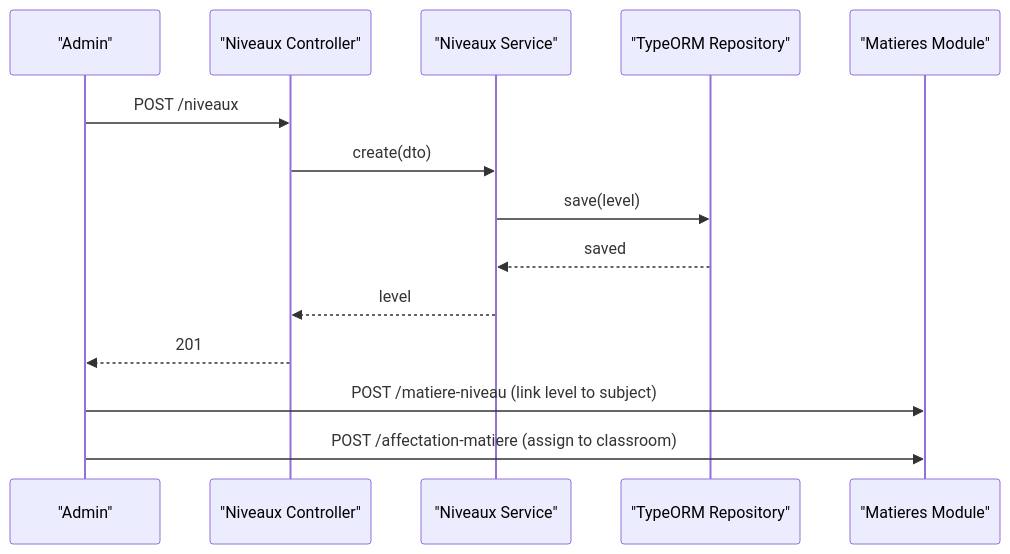
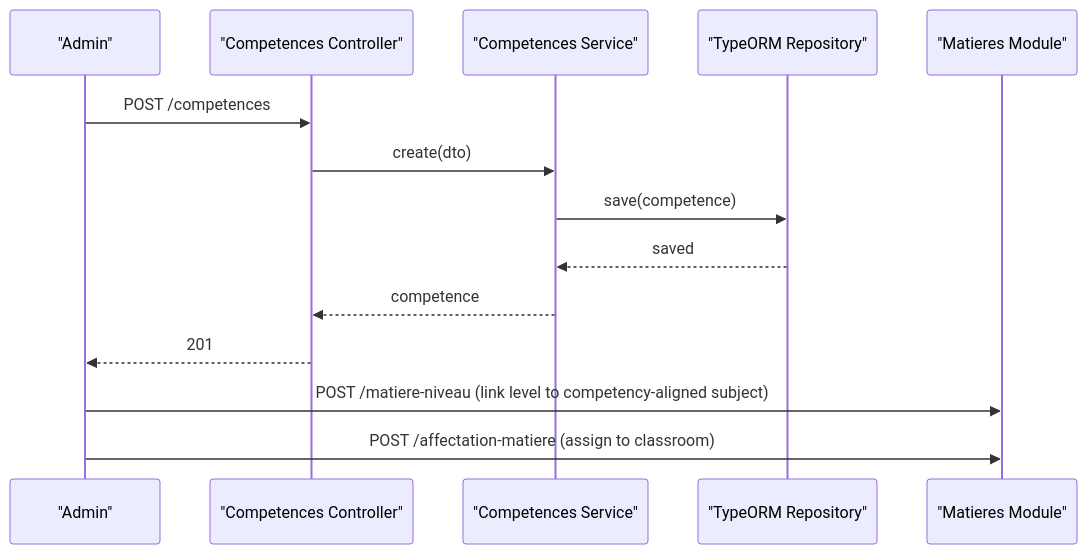
The ninth of 10 diagrams in .qoder/repowiki/en/content/Modules & Features/Academic Modules/Curriculum Structure (Cycles & Levels).md (franckylab/eLISAschool), drawn with Mermaid before and after one commit. The commit also changed other lines of this file and 77 other files, not shown here.

````diff
--- a/.qoder/repowiki/en/content/Modules & Features/Academic Modules/Curriculum Structure (Cycles & Levels).md
+++ b/.qoder/repowiki/en/content/Modules & Features/Academic Modules/Curriculum Structure (Cycles & Levels).md
@@ -337,16 +532,16 @@
 ```mermaid
 sequenceDiagram
 participant Admin as "Admin"
-participant Ctrl as "Niveaux Controller"
-participant Svc as "Niveaux Service"
+participant Ctrl as "Competences Controller"
+participant Svc as "Competences Service"
 participant Repo as "TypeORM Repository"
 participant Subj as "Matieres Module"
-Admin->>Ctrl : POST /niveaux
+Admin->>Ctrl : POST /competences
 Ctrl->>Svc : create(dto)
-Svc->>Repo : save(level)
+Svc->>Repo : save(competence)
 Repo-->>Svc : saved
-Svc-->>Ctrl : level
+Svc-->>Ctrl : competence
 Ctrl-->>Admin : 201
-Admin->>Subj : POST /matiere-niveau (link level to subject)
+Admin->>Subj : POST /matiere-niveau (link level to competency-aligned subject)
 Admin->>Subj : POST /affectation-matiere (assign to classroom)
 ```
````
